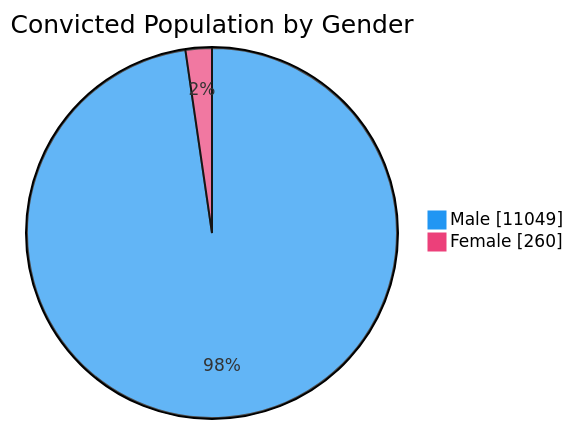
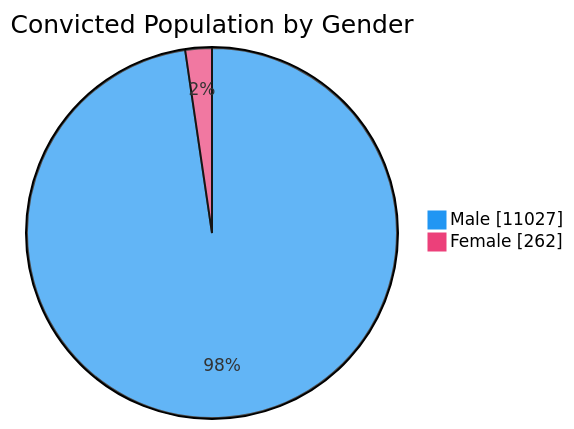
Before and after one commit to nuuuwan/lk_prisons: the third of 7 diagrams in README.md, drawn with Mermaid. The commit also changed other lines of this file and 1 other file, not shown here.

````diff
--- a/README.md
+++ b/README.md
@@ -65,6 +65,6 @@
 ```mermaid
 %%{init: {'themeVariables': {'pie1': '#2196F3', 'pie2': '#EC407A'}}}%%
 pie showData title Convicted Population by Gender
-    "Male" : 11049
-    "Female" : 260
+    "Male" : 11027
+    "Female" : 262
 ```
````
